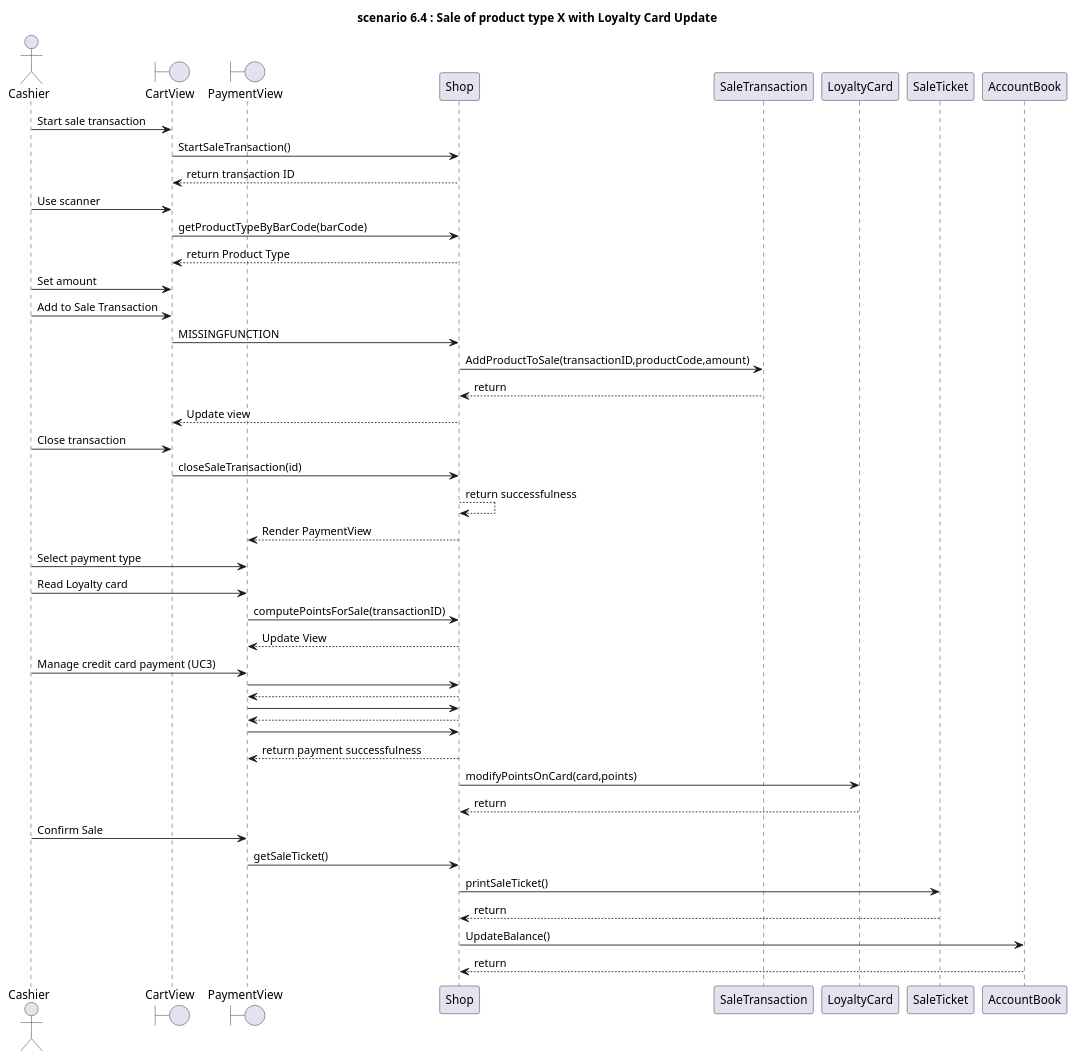
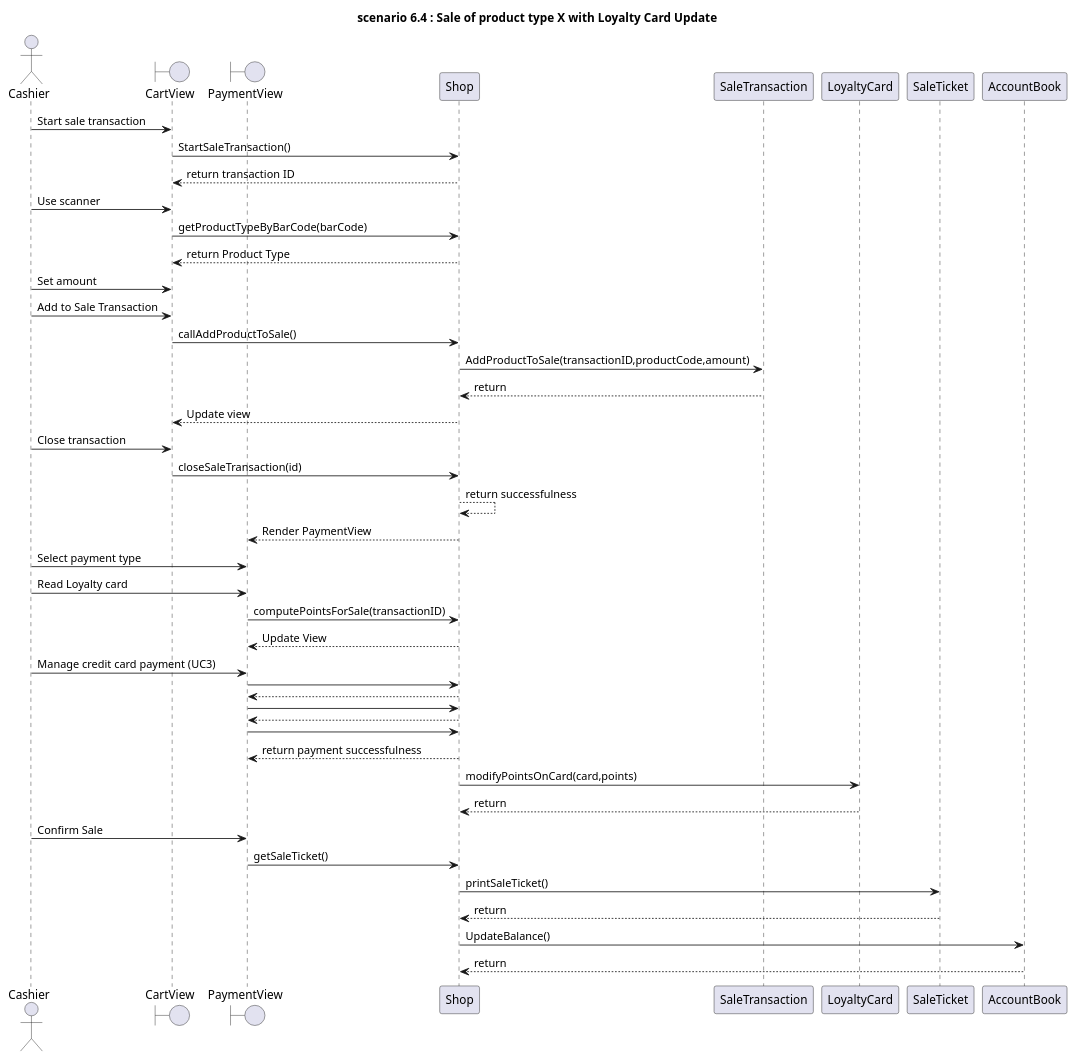
One commit to zitabou/EZShop changed diagram 20 of 31 in Deliverables/DesignDocument.md. Above: the diagram before and after it, drawn with PlantUML. The commit also changed other lines of this file, not shown here.

Commit message:
Adding missing functions for seq diagrams 6.x 7.x

````diff
--- a/Deliverables/DesignDocument.md
+++ b/Deliverables/DesignDocument.md
@@ -695,66 +702,66 @@
 ```plantuml
 
 title
 **scenario 6.4** : Sale of product type X with Loyalty Card Update
 end title
 
 'Actors
 actor Cashier
 'Boundaries
 Boundary CartView
 boundary PaymentView
 
 ''''
 'Sequence
 '''''
 'Start sale transaction
 Cashier -> CartView: Start sale transaction
 CartView -> Shop: StartSaleTransaction()
 Shop --> CartView: return transaction ID
 Cashier -> CartView: Use scanner
 CartView ->  Shop: getProductTypeByBarCode(barCode) 
 Shop --> CartView: return Product Type
 
 'Set amount and Add product
 Cashier -> CartView: Set amount
 Cashier -> CartView: Add to Sale Transaction
-CartView -> Shop: MISSINGFUNCTION
+CartView -> Shop: callAddProductToSale()
 Shop -> SaleTransaction: AddProductToSale(transactionID,productCode,amount)
 SaleTransaction --> Shop: return
 Shop --> CartView: Update view
 
 'Close transaction
 Cashier -> CartView: Close transaction
 CartView -> Shop: closeSaleTransaction(id)
 Shop --> Shop: return successfulness
 'Payment
 Shop --> PaymentView: Render PaymentView
 Cashier -> PaymentView: Select payment type
 'Add points to Loyalty card
 Cashier -> PaymentView: Read Loyalty card
 PaymentView -> Shop: computePointsForSale(transactionID)
 Shop --> PaymentView : Update View
 
 'Manage credit card payment UC3
 Cashier -> PaymentView: Manage credit card payment (UC3)
 PaymentView -> Shop :
 Shop --> PaymentView :
 PaymentView -> Shop :
 Shop --> PaymentView :
 PaymentView -> Shop :
 Shop --> PaymentView : return payment successfulness
 
 'Update card points
 Shop -> LoyaltyCard: modifyPointsOnCard(card,points)
 LoyaltyCard --> Shop: return
 
 'Confirm Sale
 Cashier -> PaymentView: Confirm Sale
 PaymentView -> Shop: getSaleTicket()
 'Print ticket
 Shop -> SaleTicket: printSaleTicket()
 SaleTicket --> Shop: return
 'Update balance
 Shop -> AccountBook: UpdateBalance()
 AccountBook --> Shop: return
 ```
````
